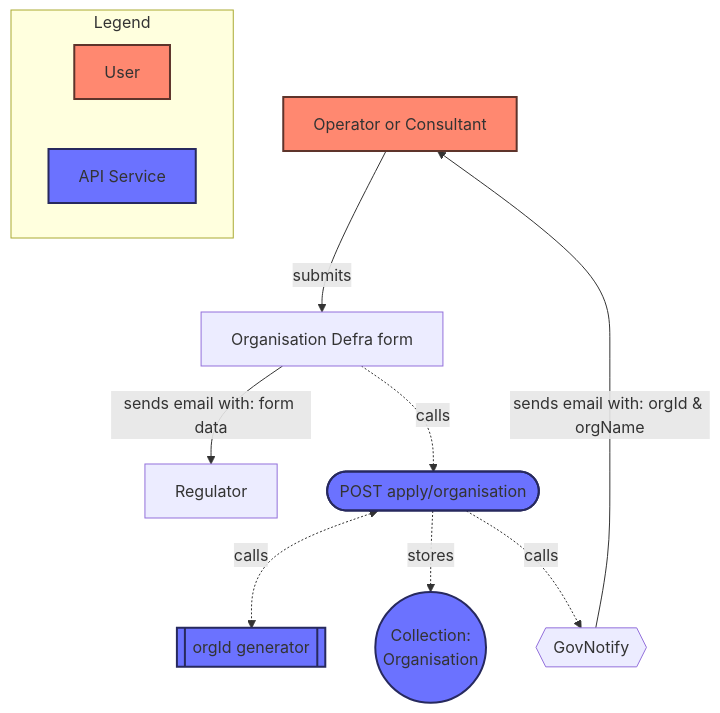
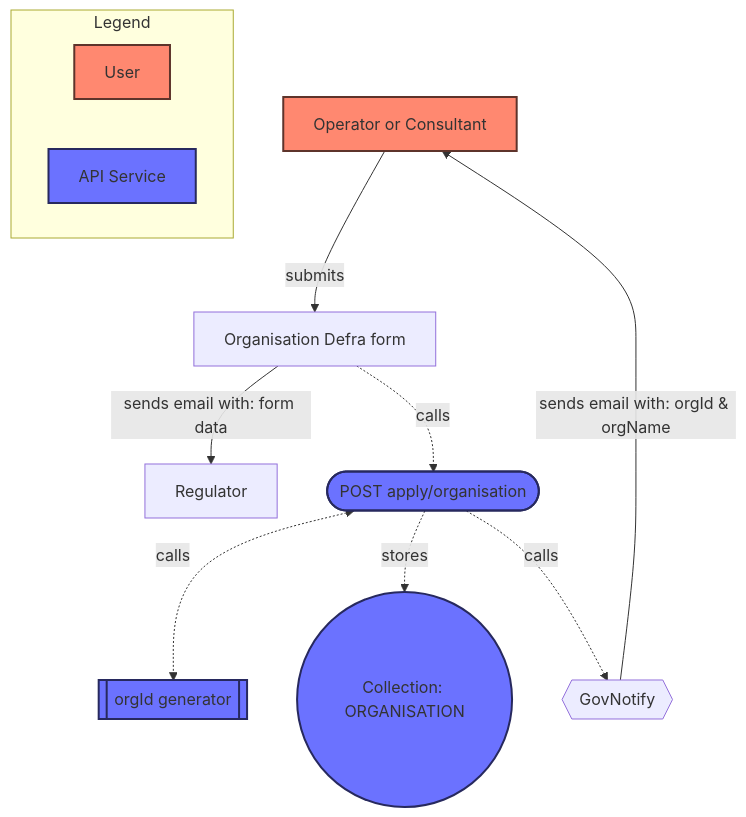
Before and after one commit to DEFRA/epr-backend: the first of 10 diagrams in docs/architecture/discovery/2025-reg-acc-lld.md, drawn with Mermaid. The commit also changed other lines of this file, not shown here.

````diff
--- a/docs/architecture/discovery/2025-reg-acc-lld.md
+++ b/docs/architecture/discovery/2025-reg-acc-lld.md
@@ -38,31 +57,31 @@
 ```mermaid
 flowchart TD;
 
 %% Styles
 classDef user fill:#FF8870,stroke:#5E342B,stroke-width:2px
 classDef service fill:#6B72FF,stroke:#27295E,stroke-width:2px
 
 %% Entities
 operator[Operator or Consultant]
 regulator[Regulator]
 form[Organisation Defra form]
 endpoint([POST apply/organisation])
 idGenerator[[orgId generator]]
-database((Collection: \n Organisation))
+database((Collection: ORGANISATION))
 govNotify{{GovNotify}}
 
 %% Flow
 operator:::user --submits-->form
 form-.calls.->endpoint:::service
 form--sends email with: form data-->regulator
 endpoint:::service <-.calls.->idGenerator:::service
 endpoint:::service -.stores.->database:::service
 endpoint-.calls.->govNotify
 govNotify--sends email with: orgId & orgName-->operator
 
 %% Legend
 subgraph legend [Legend]
   User:::user
   apiService[API Service]:::service
 end
 ```
````
